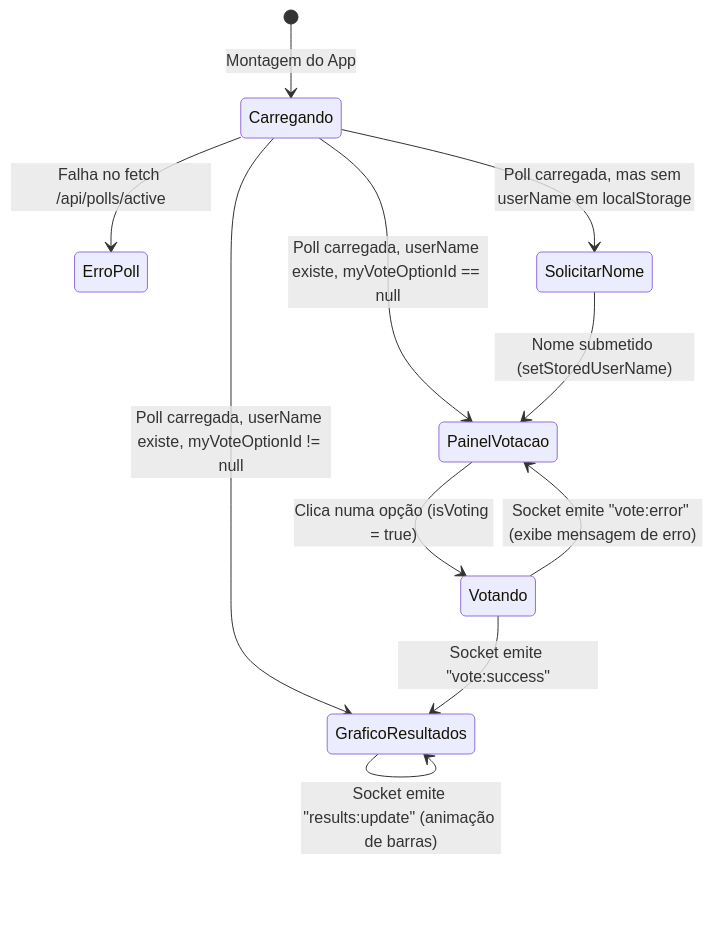
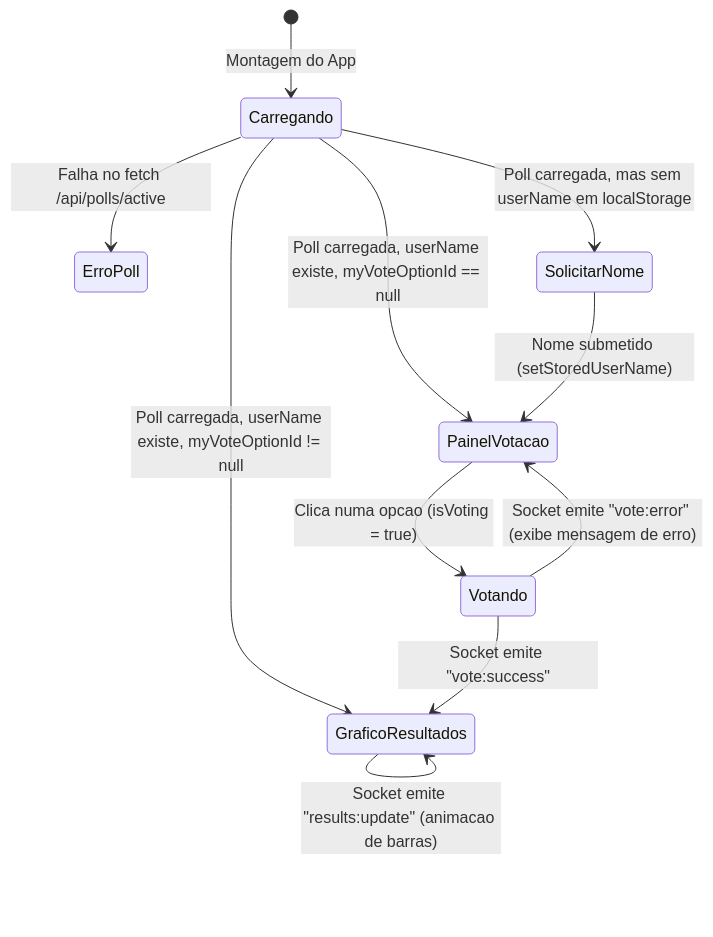
Before and after one commit to mozstream01-gif/Real-Time-Poll: the second of 2 diagrams in realtime-poll-full/frontend/README.md, drawn with Mermaid. The commit also changed other lines of this file and 8 other files, not shown here.

````diff
--- a/realtime-poll-full/frontend/README.md
+++ b/realtime-poll-full/frontend/README.md
@@ -49,15 +49,15 @@
 ```mermaid
 stateDiagram-v2
     [*] --> Carregando: Montagem do App
     Carregando --> ErroPoll: Falha no fetch /api/polls/active
     Carregando --> SolicitarNome: Poll carregada, mas sem userName em localStorage
     Carregando --> PainelVotacao: Poll carregada, userName existe, myVoteOptionId == null
     Carregando --> GraficoResultados: Poll carregada, userName existe, myVoteOptionId != null
 
     SolicitarNome --> PainelVotacao: Nome submetido (setStoredUserName)
-    PainelVotacao --> Votando: Clica numa opção (isVoting = true)
+    PainelVotacao --> Votando: Clica numa opcao (isVoting = true)
     Votando --> GraficoResultados: Socket emite "vote:success"
     Votando --> PainelVotacao: Socket emite "vote:error" (exibe mensagem de erro)
     
-    GraficoResultados --> GraficoResultados: Socket emite "results:update" (animação de barras)
+    GraficoResultados --> GraficoResultados: Socket emite "results:update" (animacao de barras)
 ```
````
